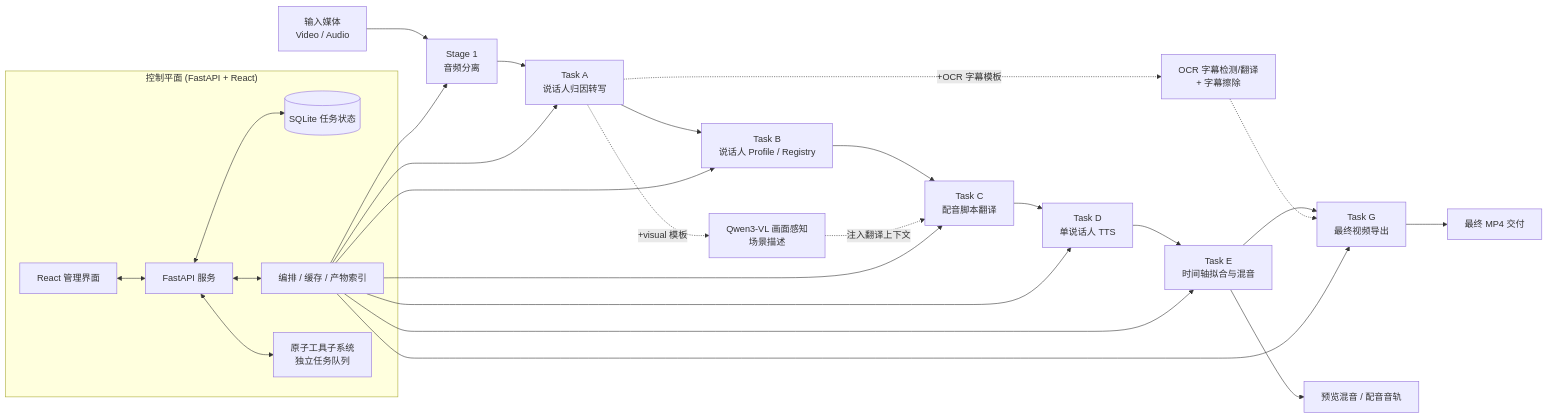
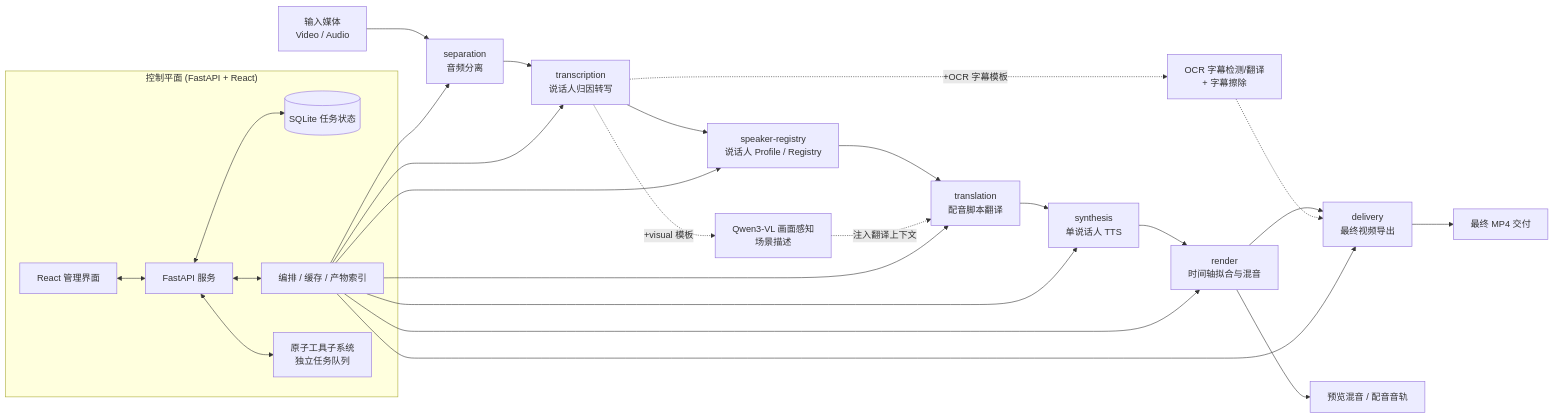
One commit to MasamiYui/translip changed the diagram in README.md. Above: the diagram before and after it, drawn with Mermaid. The commit also changed other lines of this file and 31 other files, not shown here.

````diff
--- a/README.md
+++ b/README.md
@@ -54,32 +54,32 @@
 ```mermaid
 flowchart LR
-    Input["输入媒体<br/>Video / Audio"] --> Stage1["Stage 1<br/>音频分离"]
-    Stage1 --> TaskA["Task A<br/>说话人归因转写"]
-    TaskA --> TaskB["Task B<br/>说话人 Profile / Registry"]
-    TaskB --> TaskC["Task C<br/>配音脚本翻译"]
-    TaskC --> TaskD["Task D<br/>单说话人 TTS"]
-    TaskD --> TaskE["Task E<br/>时间轴拟合与混音"]
-    TaskE --> TaskG["Task G<br/>最终视频导出"]
+    Input["输入媒体<br/>Video / Audio"] --> Separation["separation<br/>音频分离"]
+    Separation --> Transcription["transcription<br/>说话人归因转写"]
+    Transcription --> SpeakerRegistry["speaker-registry<br/>说话人 Profile / Registry"]
+    SpeakerRegistry --> Translation["translation<br/>配音脚本翻译"]
+    Translation --> Synthesis["synthesis<br/>单说话人 TTS"]
+    Synthesis --> Render["render<br/>时间轴拟合与混音"]
+    Render --> DeliveryStage["delivery<br/>最终视频导出"]
 
-    TaskA -. "+OCR 字幕模板" .-> OCR["OCR 字幕检测/翻译<br/>+ 字幕擦除"]
-    OCR -.-> TaskG
-    TaskA -. "+visual 模板" .-> Visual["Qwen3-VL 画面感知<br/>场景描述"]
-    Visual -. "注入翻译上下文" .-> TaskC
+    Transcription -. "+OCR 字幕模板" .-> OCR["OCR 字幕检测/翻译<br/>+ 字幕擦除"]
+    OCR -.-> DeliveryStage
+    Transcription -. "+visual 模板" .-> Visual["Qwen3-VL 画面感知<br/>场景描述"]
+    Visual -. "注入翻译上下文" .-> Translation
 
     subgraph ControlPlane["控制平面 (FastAPI + React)"]
         UI["React 管理界面"]
         API["FastAPI 服务"]
         DB[("SQLite 任务状态")]
         Orchestrator["编排 / 缓存 / 产物索引"]
         Atomic["原子工具子系统<br/>独立任务队列"]
     end
 
     UI <--> API
     API <--> DB
     API <--> Orchestrator
     API <--> Atomic
-    Orchestrator --> Stage1 & TaskA & TaskB & TaskC & TaskD & TaskE & TaskG
+    Orchestrator --> Separation & Transcription & SpeakerRegistry & Translation & Synthesis & Render & DeliveryStage
 
-    TaskE --> Preview["预览混音 / 配音音轨"]
-    TaskG --> Delivery["最终 MP4 交付"]
+    Render --> Preview["预览混音 / 配音音轨"]
+    DeliveryStage --> Delivery["最终 MP4 交付"]
 ```
````
